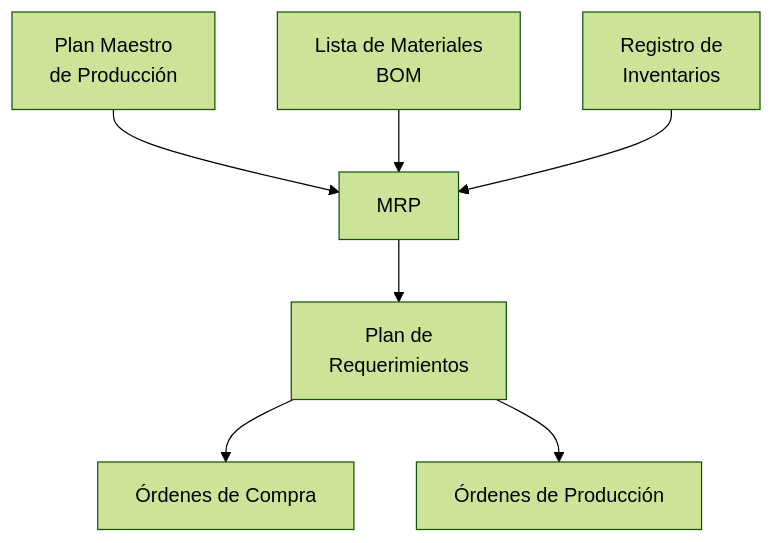
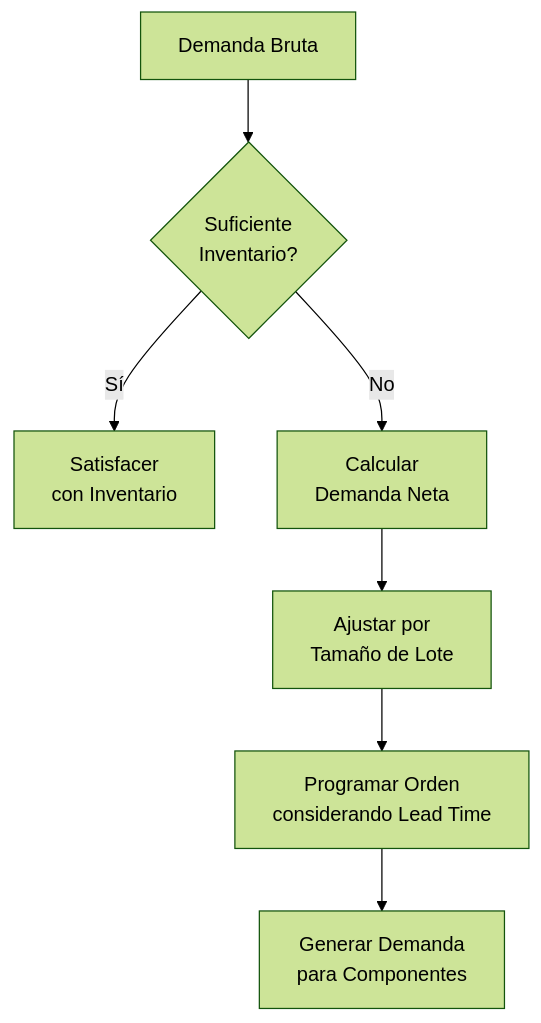
Before and after one commit to FCamaggi/gop-wiki: the fourth of 6 diagrams in public/content/clases/08-resumen-mrp-y-planificacion-2025.04.15.md, drawn with Mermaid (forest theme). The commit also changed other lines of this file and 36 other files, not shown here.

````diff
--- a/public/content/clases/08-resumen-mrp-y-planificacion-2025.04.15.md
+++ b/public/content/clases/08-resumen-mrp-y-planificacion-2025.04.15.md
@@ -21,9 +82,9 @@
 ```mermaid
-graph TD
-    A[Plan Maestro<br/>de Producción] --> D[MRP]
-    B[Lista de Materiales<br/>BOM] --> D
-    C[Registro de<br/>Inventarios] --> D
-    D --> E[Plan de<br/>Requerimientos]
-    E --> F[Órdenes de Compra]
-    E --> G[Órdenes de Producción]
+flowchart TD
+    A[Demanda Bruta] --> B{Suficiente<br>Inventario?}
+    B -->|Sí| C[Satisfacer<br>con Inventario]
+    B -->|No| D[Calcular<br>Demanda Neta]
+    D --> E[Ajustar por<br>Tamaño de Lote]
+    E --> F[Programar Orden<br>considerando Lead Time]
+    F --> G[Generar Demanda<br>para Componentes]
 ```
````
